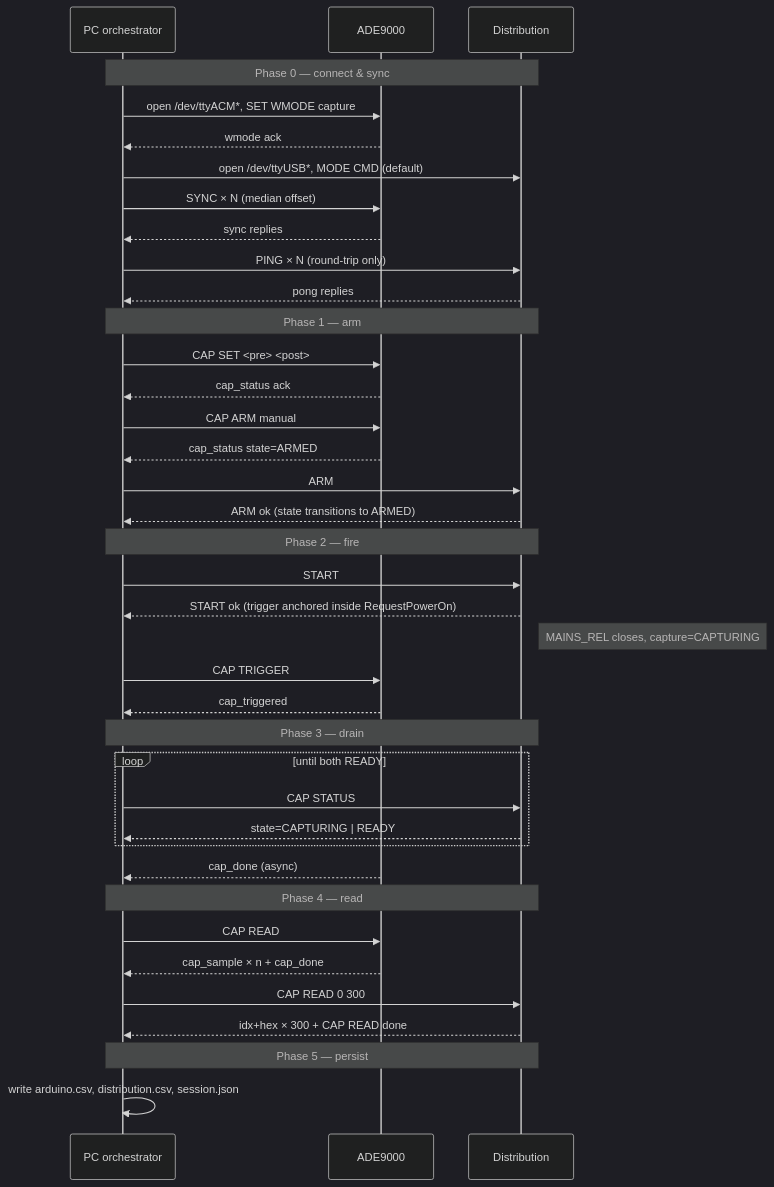
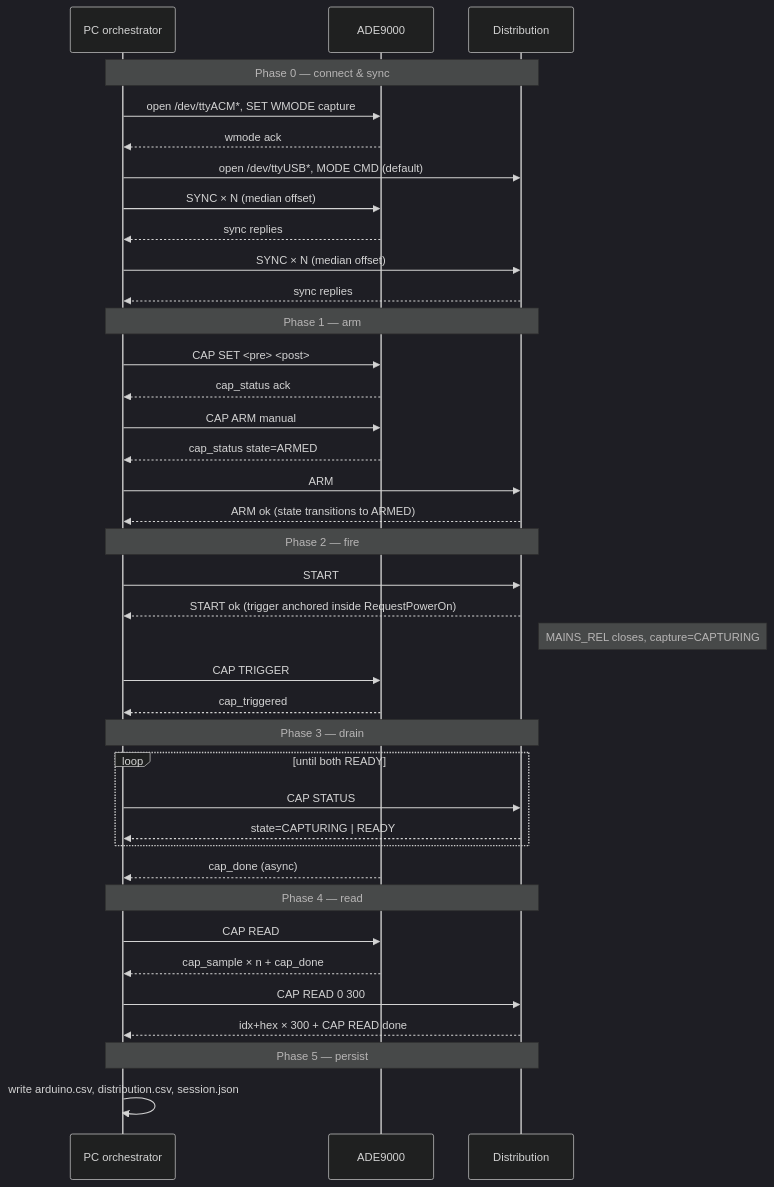
Before and after one commit to vspup/ADE9000-PhaseMonitor: the diagram in docs/protocols/sequencer.md, drawn with Mermaid (dark theme). The commit also changed other lines of this file and 9 other files, not shown here.

````diff
--- a/docs/protocols/sequencer.md
+++ b/docs/protocols/sequencer.md
@@ -146,46 +145,46 @@
 ```mermaid
 sequenceDiagram
     participant PC as PC orchestrator
     participant A as ADE9000
     participant D as Distribution
 
     Note over PC,D: Phase 0 — connect & sync
     PC->>A: open /dev/ttyACM*, SET WMODE capture
     A-->>PC: wmode ack
     PC->>D: open /dev/ttyUSB*, MODE CMD (default)
     PC->>A: SYNC × N (median offset)
     A-->>PC: sync replies
-    PC->>D: PING × N (round-trip only)
-    D-->>PC: pong replies
+    PC->>D: SYNC × N (median offset)
+    D-->>PC: sync replies
 
     Note over PC,D: Phase 1 — arm
     PC->>A: CAP SET <pre> <post>
     A-->>PC: cap_status ack
     PC->>A: CAP ARM manual
     A-->>PC: cap_status state=ARMED
     PC->>D: ARM
     D-->>PC: ARM ok (state transitions to ARMED)
 
     Note over PC,D: Phase 2 — fire
     PC->>D: START
     D-->>PC: START ok (trigger anchored inside RequestPowerOn)
     Note right of D: MAINS_REL closes, capture=CAPTURING
     PC->>A: CAP TRIGGER
     A-->>PC: cap_triggered
 
     Note over PC,D: Phase 3 — drain
     loop until both READY
         PC->>D: CAP STATUS
         D-->>PC: state=CAPTURING | READY
     end
     A-->>PC: cap_done (async)
 
     Note over PC,D: Phase 4 — read
     PC->>A: CAP READ
     A-->>PC: cap_sample × n + cap_done
     PC->>D: CAP READ 0 300
     D-->>PC: idx+hex × 300 + CAP READ done
 
     Note over PC,D: Phase 5 — persist
     PC->>PC: write arduino.csv, distribution.csv, session.json
 ```
````
